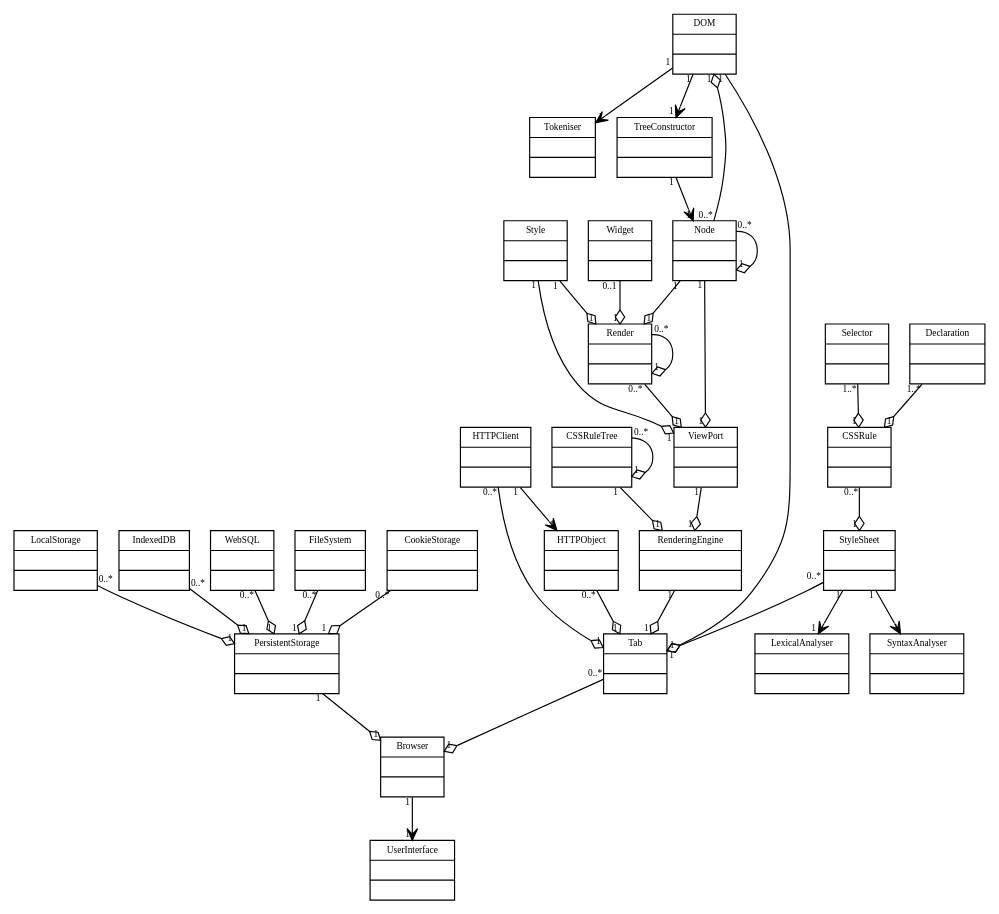
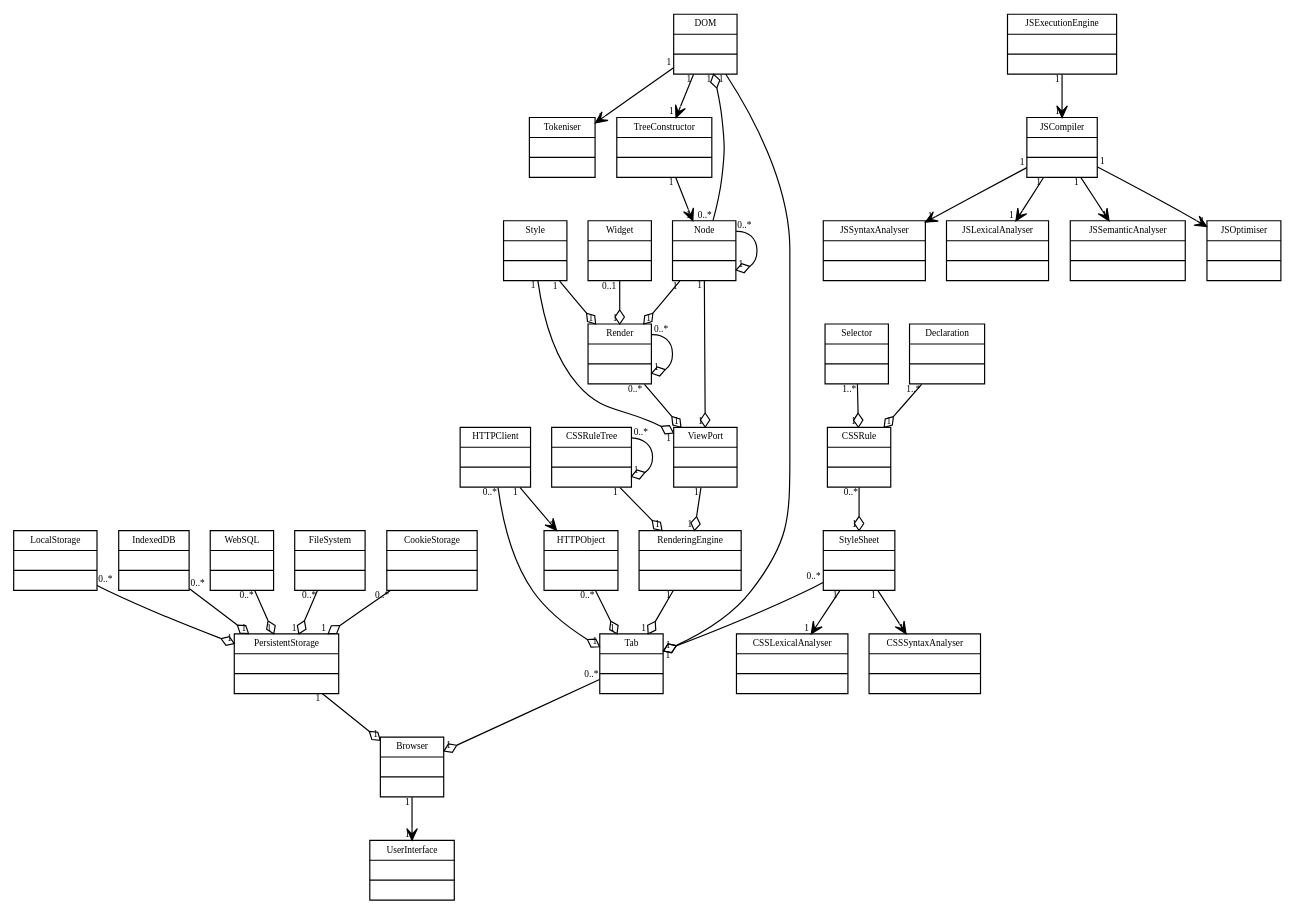
Before and after one commit to ScenarioWeekTeam/browser-uml: the diagram in class.gv, drawn with Graphviz.

Commit message:
Add classes for javascript handling

```diff
--- a/class.gv
+++ b/class.gv
@@ -130,12 +130,12 @@
     Selector -> CSSRule
     Declaration -> CSSRule
     
-    LexicalAnalyser [
-        label = "{LexicalAnalyser|\l|\l}"
+    CSSLexicalAnalyser [
+        label = "{CSSLexicalAnalyser|\l|\l}"
     ]
     
-    SyntaxAnalyser [
-        label = "{SyntaxAnalyser|\l|\l}"
+    CSSSyntaxAnalyser [
+        label = "{CSSSyntaxAnalyser|\l|\l}"
     ]
     
     edge [
@@ -145,8 +145,8 @@
         taillabel = "1 "
     ]
     
-    StyleSheet -> LexicalAnalyser
-    StyleSheet -> SyntaxAnalyser
+    StyleSheet -> CSSLexicalAnalyser
+    StyleSheet -> CSSSyntaxAnalyser
 
     PersistentStorage [
         label = "{PersistentStorage|\l|\l}"
@@ -319,4 +319,41 @@
     ]
     
     Widget -> Render
+    
+    JSSyntaxAnalyser [
+        label = "{JSSyntaxAnalyser|\l|\l}"
+    ]
+    
+    JSLexicalAnalyser [
+        label = "{JSLexicalAnalyser|\l|\l}"
+    ]
+    
+    JSSemanticAnalyser [
+        label = "{JSSemanticAnalyser|\l|\l}"
+    ]
+    
+    JSOptimiser [
+        label = "{JSOptimiser|\l|\l}"
+    ]
+    
+    JSCompiler [
+        label = "{JSCompiler|\l|\l}"
+    ]
+    
+    JSExecutionEngine [
+        label = "{JSExecutionEngine|\l|\l}"
+    ]
+    
+    edge [
+        arrowhead = "open"
+        
+        headlabel = "1 "
+        taillabel = "1 "
+    ]
+    
+    JSCompiler -> JSOptimiser
+    JSCompiler -> JSSemanticAnalyser
+    JSCompiler -> JSLexicalAnalyser
+    JSCompiler -> JSSyntaxAnalyser
+    JSExecutionEngine -> JSCompiler
 }
```
